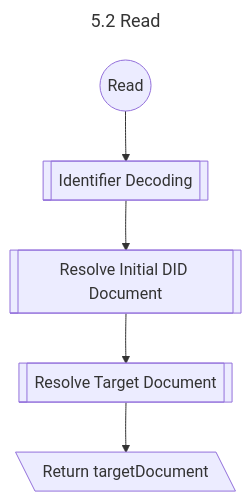
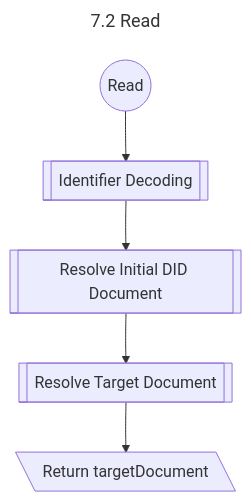
The diagram in docs/public/diagrams/crud/read/read-flowchart.mmd (jintekc/website-btcr2-dev), drawn with Mermaid before and after one commit. The commit also changed 7 other files, not shown here.

Commit message:
adding new crud diagrams

```diff
--- a/docs/public/diagrams/crud/read/read-flowchart.mmd
+++ b/docs/public/diagrams/crud/read/read-flowchart.mmd
@@ -1,9 +1,9 @@
 ---
-title: 5.2 Read
+title: 7.2 Read
 ---
 
 flowchart TD
-    Start@{ shape: circle, label: "Read" } --> IdentifierDecoding@{shape: subproc, label: Identifier Decoding}
+    Start@{shape: circle, label: Read} --> IdentifierDecoding@{shape: subproc, label: Identifier Decoding}
     IdentifierDecoding --> ResolveInitial@{shape: subproc, label: Resolve Initial DID Document}
     ResolveInitial --> ResolveTarget@{shape: subproc, label: Resolve Target Document}
     ResolveTarget --> Return@{shape: lean-l, label: Return targetDocument}
```
